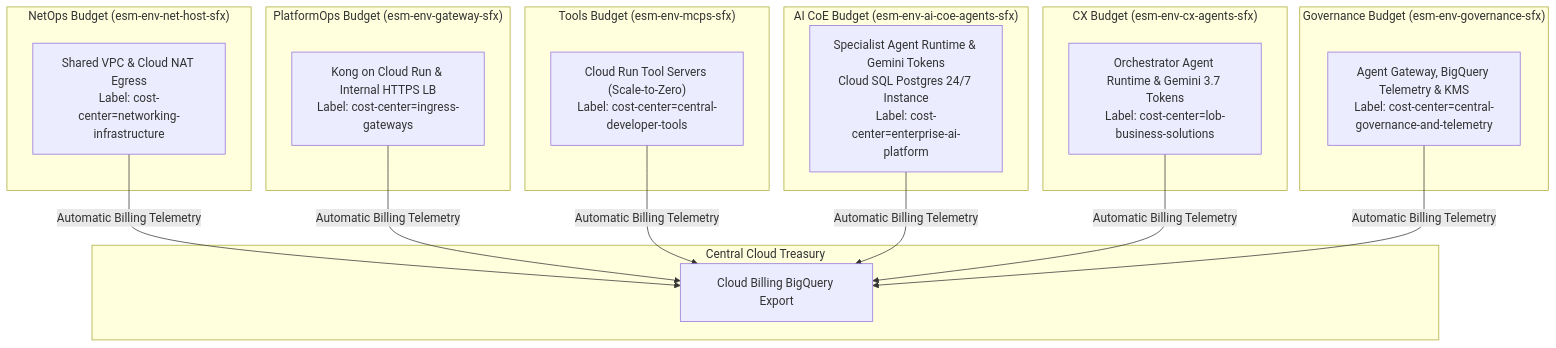
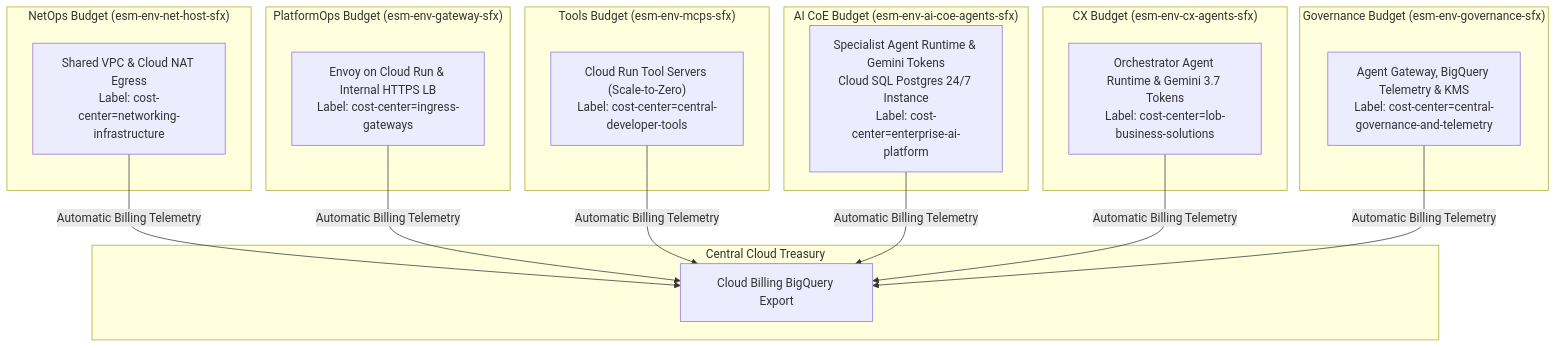
One commit to google/esmeralda changed the second of 2 diagrams in docs/src/1-platform-foundations/01-projects-and-finops.md. Above: the diagram before and after it, drawn with Mermaid. The commit also changed other lines of this file and 15 other files, not shown here.

First line of the commit message:
docs: describe the Envoy ingress gateway (#73)

````diff
--- a/docs/src/1-platform-foundations/01-projects-and-finops.md
+++ b/docs/src/1-platform-foundations/01-projects-and-finops.md
@@ -99,32 +99,32 @@
 ```mermaid
 flowchart TD
     subgraph Treasury["Central Cloud Treasury"]
         Export["Cloud Billing BigQuery Export"]
     end
 
     subgraph NetOps["NetOps Budget (esm-env-net-host-sfx)"]
         C0["Shared VPC & Cloud NAT Egress<br/>Label: cost-center=networking-infrastructure"]
     end
 
     subgraph PlatformOps["PlatformOps Budget (esm-env-gateway-sfx)"]
-        C_GW["Kong on Cloud Run & Internal HTTPS LB<br/>Label: cost-center=ingress-gateways"]
+        C_GW["Envoy on Cloud Run & Internal HTTPS LB<br/>Label: cost-center=ingress-gateways"]
     end
 
     subgraph AppDev["Tools Budget (esm-env-mcps-sfx)"]
         C1["Cloud Run Tool Servers (Scale-to-Zero)<br/>Label: cost-center=central-developer-tools"]
     end
 
     subgraph CoreAI["AI CoE Budget (esm-env-ai-coe-agents-sfx)"]
         C2["Specialist Agent Runtime & Gemini Tokens<br/>Cloud SQL Postgres 24/7 Instance<br/>Label: cost-center=enterprise-ai-platform"]
     end
 
     subgraph BU["CX Budget (esm-env-cx-agents-sfx)"]
         C3["Orchestrator Agent Runtime & Gemini 3.7 Tokens<br/>Label: cost-center=lob-business-solutions"]
     end
 
     subgraph Gov["Governance Budget (esm-env-governance-sfx)"]
         C4["Agent Gateway, BigQuery Telemetry & KMS<br/>Label: cost-center=central-governance-and-telemetry"]
     end
 
     C0 & C_GW & C1 & C2 & C3 & C4 -->|Automatic Billing Telemetry| Export
 ```
````
